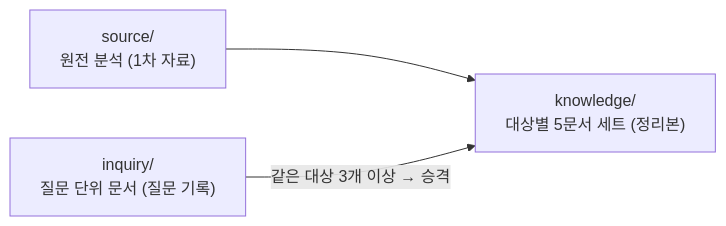
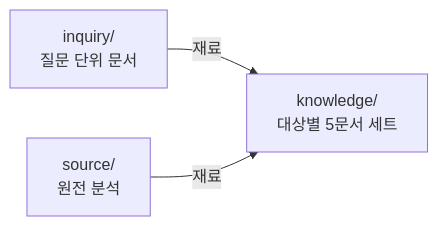
Before and after one commit to gunhaa/QnA: the diagram in README.md, drawn with Mermaid. The commit also changed other lines of this file and 2 other files, not shown here.

````diff
--- a/README.md
+++ b/README.md
@@ -7,5 +7,5 @@
 ```mermaid
 flowchart LR
-    s["source/<br/>원전 분석 (1차 자료)"] --> k
-    q["inquiry/<br/>질문 단위 문서 (질문 기록)"] -- "같은 대상 3개 이상 → 승격" --> k["knowledge/<br/>대상별 5문서 세트 (정리본)"]
+    q["inquiry/<br/>질문 단위 문서"] -- 재료 --> k["knowledge/<br/>대상별 5문서 세트"]
+    s["source/<br/>원전 분석"] -- 재료 --> k
 ```
````
